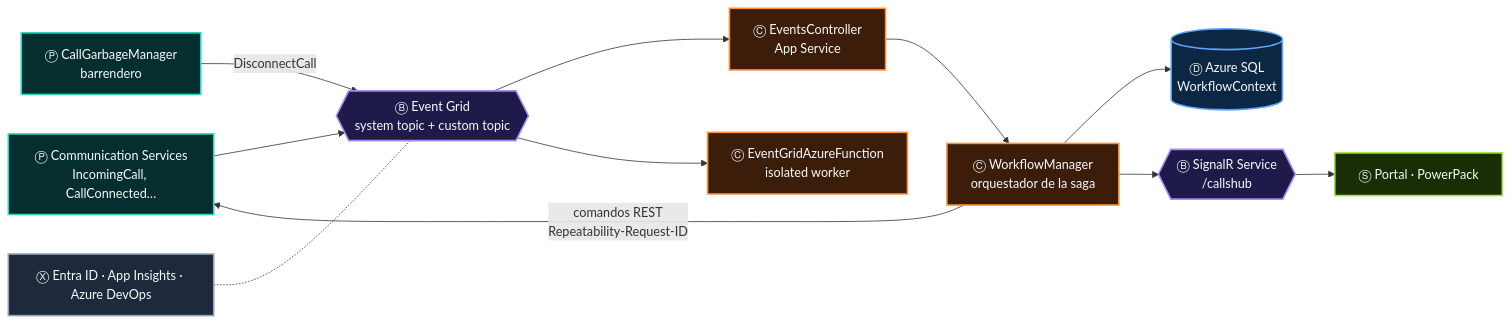
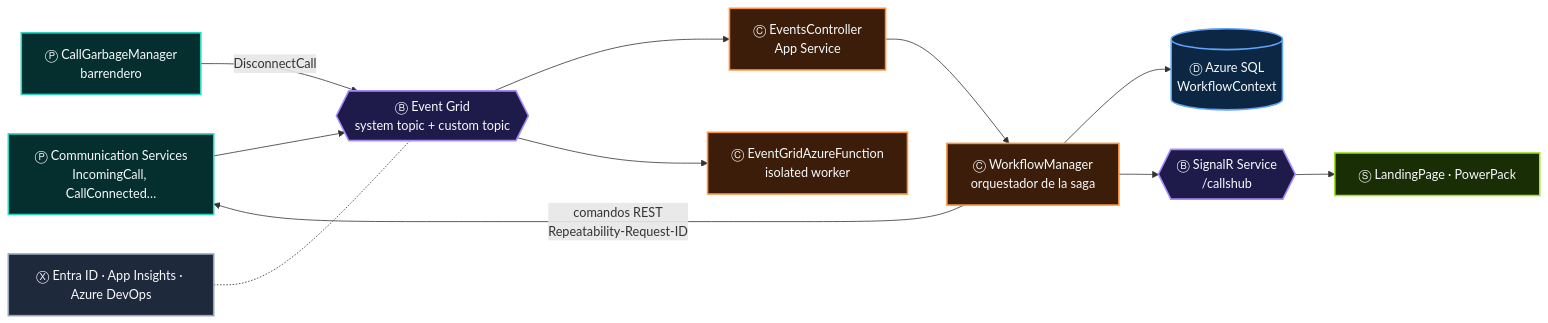
Before and after one commit to CristianSifuentes/QuickTheoryNET: the first of 2 diagrams in docs/14-caso-tracer.md, drawn with Mermaid. The commit also changed other lines of this file and 23 other files, not shown here.

First line of the commit message:
Rename the Portal project to LandingPage

````diff
--- a/docs/14-caso-tracer.md
+++ b/docs/14-caso-tracer.md
@@ -71,24 +71,24 @@
 ```mermaid
 flowchart LR
     ACS["Ⓟ Communication Services<br/>IncomingCall, CallConnected…"]:::P
     EG{{"Ⓑ Event Grid<br/>system topic + custom topic"}}:::B
     API["Ⓒ EventsController<br/>App Service"]:::C
     FN["Ⓒ EventGridAzureFunction<br/>isolated worker"]:::C
     WF["Ⓒ WorkflowManager<br/>orquestador de la saga"]:::C
     SQL[("Ⓓ Azure SQL<br/>WorkflowContext")]:::D
     SR{{"Ⓑ SignalR Service<br/>/callshub"}}:::B
-    UI["Ⓢ Portal · PowerPack"]:::S
+    UI["Ⓢ LandingPage · PowerPack"]:::S
     GC["Ⓟ CallGarbageManager<br/>barrendero"]:::P
     ACS --> EG --> API & FN
     API --> WF --> SQL
     WF -->|"comandos REST<br/>Repeatability-Request-ID"| ACS
     WF --> SR --> UI
     GC -->|"DisconnectCall"| EG
     X["Ⓧ Entra ID · App Insights · Azure DevOps"]:::X -.- EG
     classDef P fill:#042F2E,stroke:#2DD4BF,color:#F8FAFC,stroke-width:2px
     classDef B fill:#1E1B4B,stroke:#A78BFA,color:#F8FAFC,stroke-width:2px
     classDef C fill:#3B1D0A,stroke:#FB923C,color:#F8FAFC,stroke-width:2px
     classDef D fill:#0C2744,stroke:#60A5FA,color:#F8FAFC,stroke-width:2px
     classDef S fill:#1A2E05,stroke:#A3E635,color:#F8FAFC,stroke-width:2px
     classDef X fill:#1E293B,stroke:#94A3B8,color:#F8FAFC,stroke-width:2px
 ```
````
